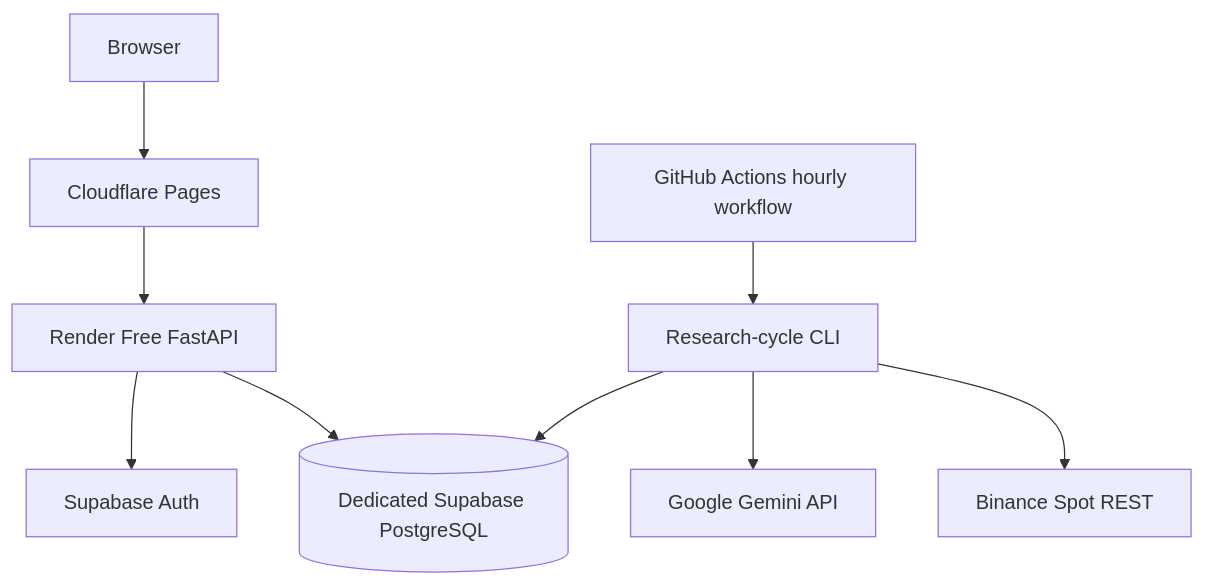
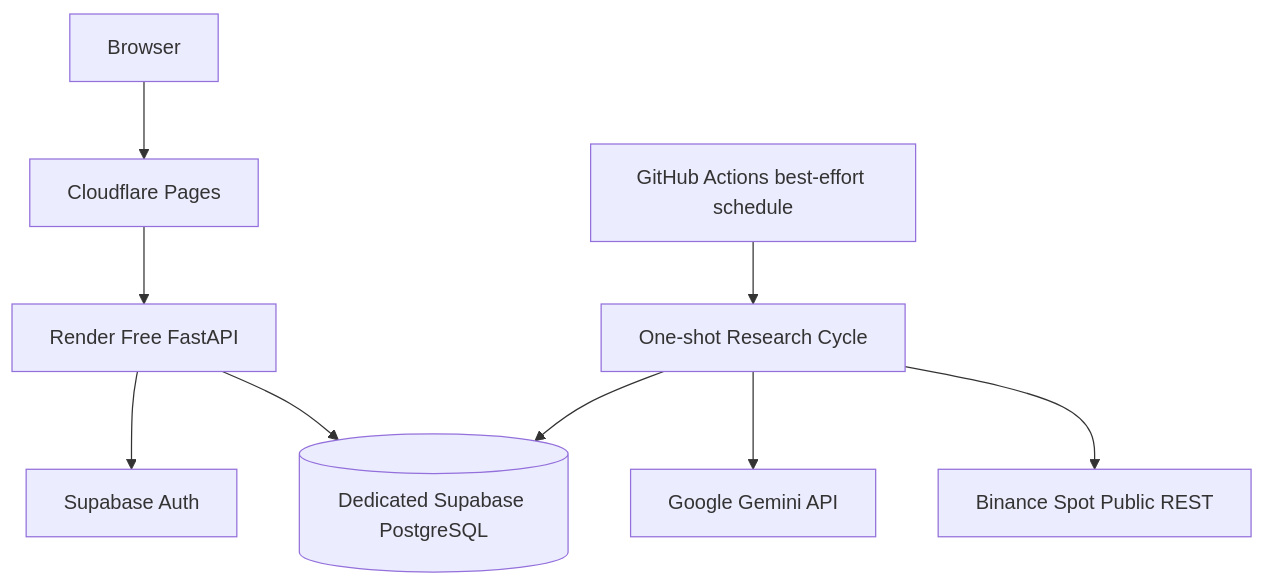
The diagram in docs/DEPLOYMENT.md (pikkst/Ai-trade-bot), drawn with Mermaid before and after one commit. The commit also changed other lines of this file, not shown here.

````diff
--- a/docs/DEPLOYMENT.md
+++ b/docs/DEPLOYMENT.md
@@ -20,11 +30,11 @@
 ```mermaid
 flowchart TD
     USER[Browser] --> CF[Cloudflare Pages]
     CF --> API[Render Free FastAPI]
     API --> SB[(Dedicated Supabase PostgreSQL)]
     API --> AUTH[Supabase Auth]
-    GH[GitHub Actions hourly workflow] --> CLI[Research-cycle CLI]
-    CLI --> BIN[Binance Spot REST]
+    GH[GitHub Actions best-effort schedule] --> CLI[One-shot Research Cycle]
+    CLI --> BIN[Binance Spot Public REST]
     CLI --> GEM[Google Gemini API]
     CLI --> SB
 ```
````
